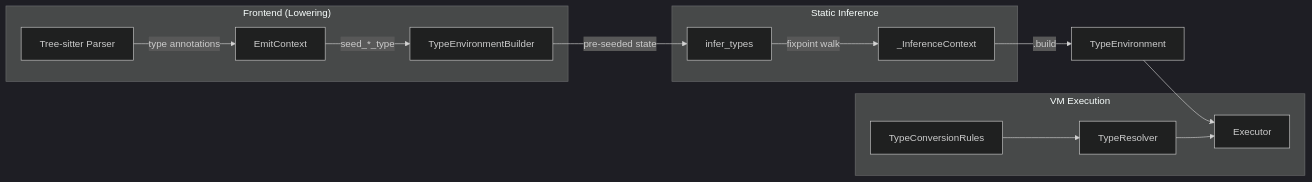
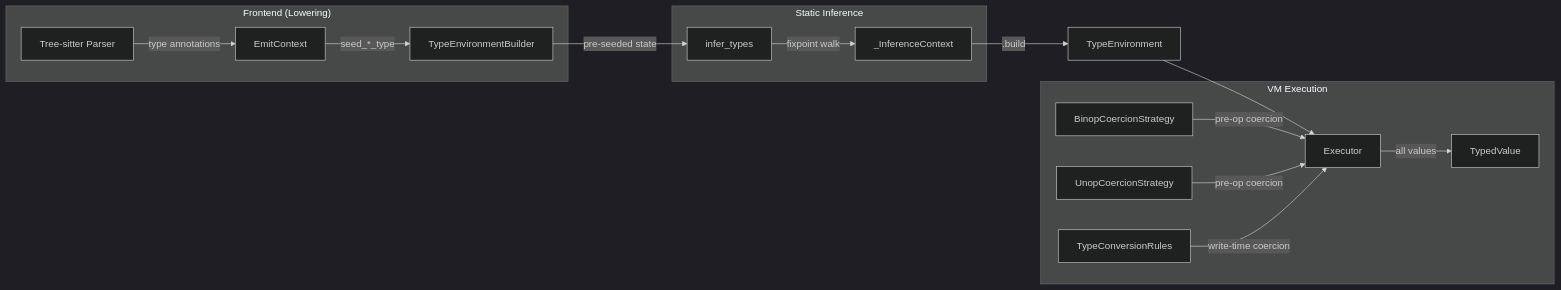
The first of 12 diagrams in docs/type-system.md (avishek-sen-gupta/red-dragon), drawn with Mermaid (dark theme) before and after one commit. The commit also changed other lines of this file, not shown here.

First line of the commit message:
Update type system doc with TypedValue and two-layer coercion architecture

````diff
--- a/docs/type-system.md
+++ b/docs/type-system.md
@@ -54,28 +63,32 @@
 ```mermaid
 flowchart LR
     subgraph Frontend["Frontend (Lowering)"]
         TS[Tree-sitter Parser]
         CTX[EmitContext]
         TEB[TypeEnvironmentBuilder]
     end
 
     subgraph Inference["Static Inference"]
         INF[infer_types]
         IC[_InferenceContext]
     end
 
     subgraph Runtime["VM Execution"]
         VM[Executor]
+        TV[TypedValue]
+        BC[BinopCoercionStrategy]
+        UC[UnopCoercionStrategy]
         CR[TypeConversionRules]
-        TR[TypeResolver]
     end
 
     TS -->|type annotations| CTX
     CTX -->|seed_*_type| TEB
     TEB -->|pre-seeded state| INF
     INF -->|fixpoint walk| IC
     IC -->|.build| TE[TypeEnvironment]
     TE --> VM
-    CR --> TR
-    TR --> VM
+    BC -->|pre-op coercion| VM
+    UC -->|pre-op coercion| VM
+    CR -->|write-time coercion| VM
+    VM -->|all values| TV
 ```
````
